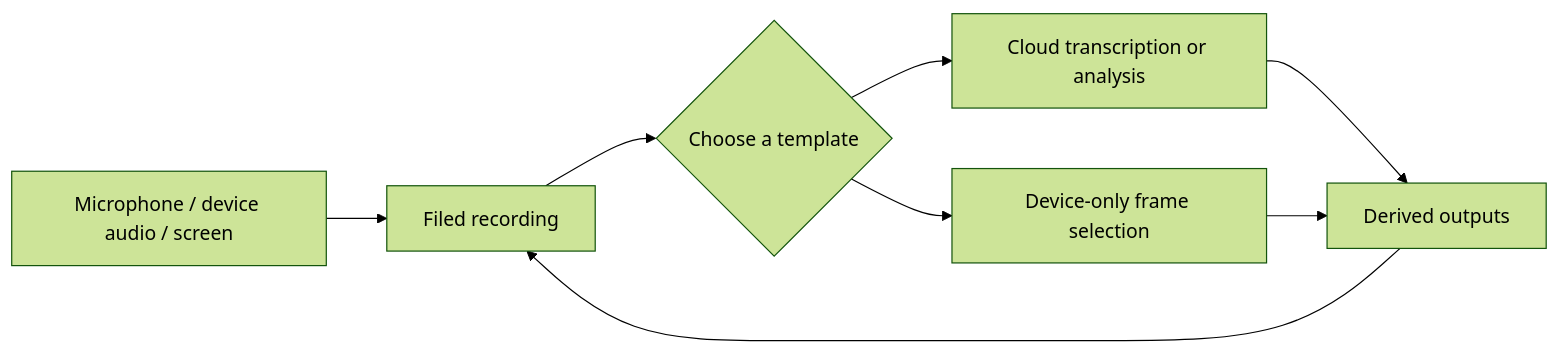
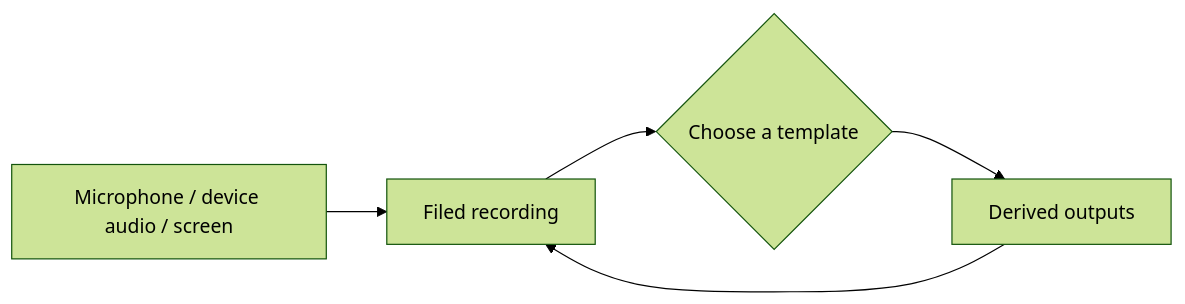
One commit to filetelierb/bowerbirds-public-docs changed the diagram in workflows/video-processing.mdx. Above: the diagram before and after it, drawn with Mermaid (forest theme). The commit also changed other lines of this file and 36 other files, not shown here.

````diff
--- a/workflows/video-processing.mdx
+++ b/workflows/video-processing.mdx
@@ -11,10 +11,7 @@
 ```mermaid
 flowchart LR
   S[Microphone / device audio / screen] --> R[Filed recording]
   R --> T{Choose a template}
-  T --> C[Cloud transcription or analysis]
-  T --> D[Device-only frame selection]
-  C --> O[Derived outputs]
-  D --> O
+  T --> O[Derived outputs]
   O --> R
 ```
````
